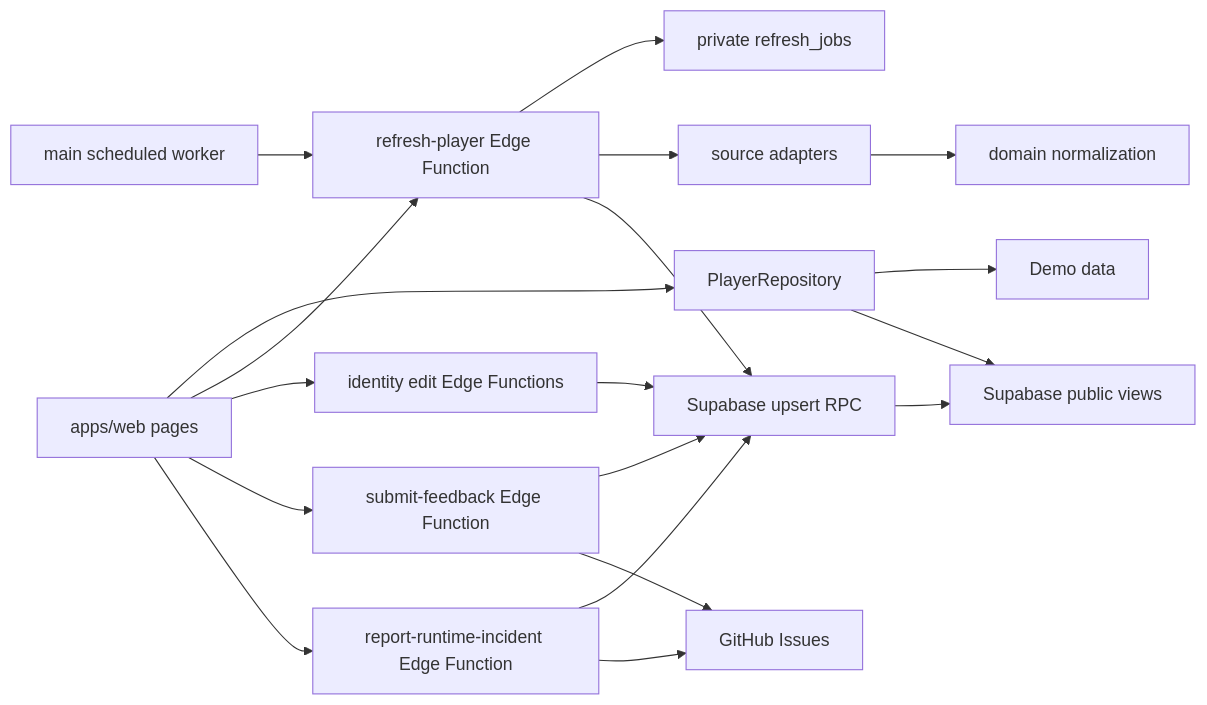
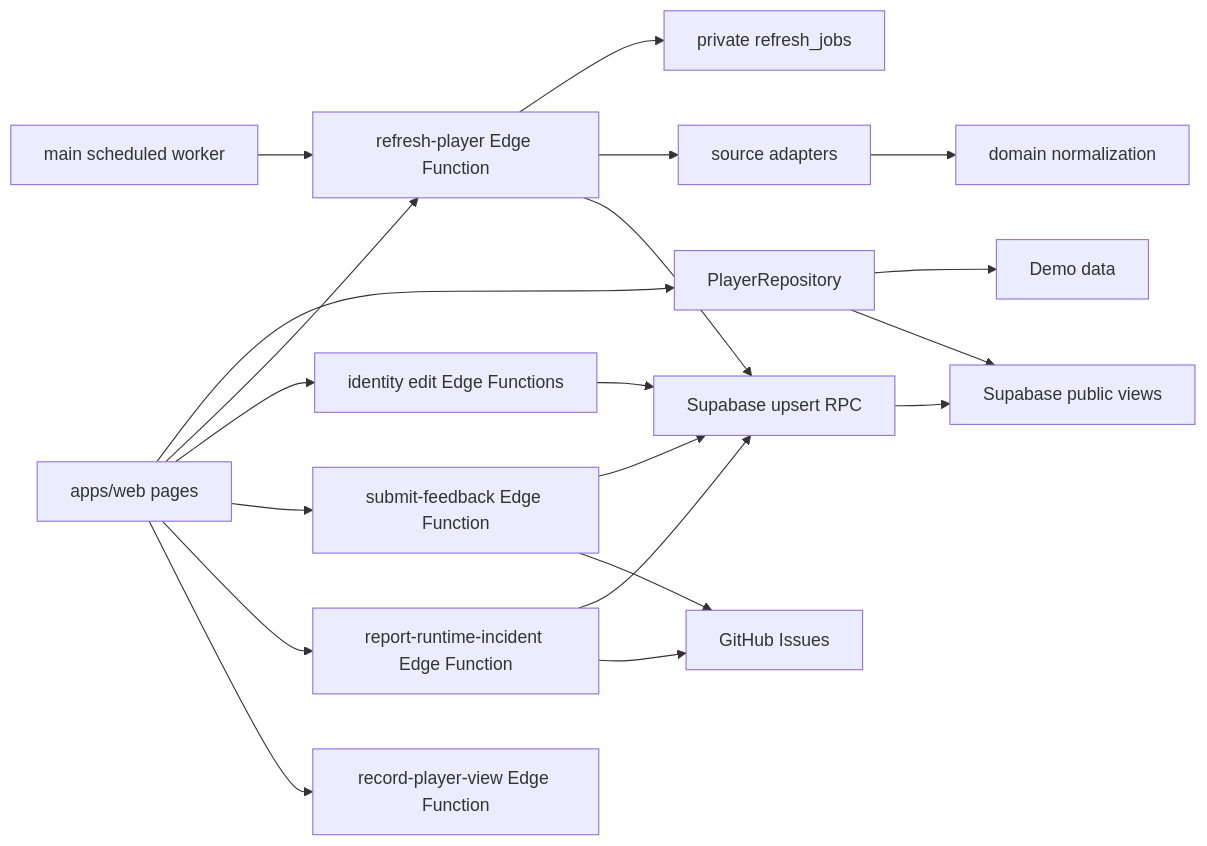
One commit to iamdenny/pingpong-busu changed the diagram in docs/codemap.md. Above: the diagram before and after it, drawn with Mermaid. The commit also changed other lines of this file and 30 other files, not shown here.

````diff
--- a/docs/codemap.md
+++ b/docs/codemap.md
@@ -5,21 +5,22 @@
 ```mermaid
 flowchart LR
   UI["apps/web pages"] --> REPO["PlayerRepository"]
   REPO --> DEMO["Demo data"]
   REPO --> PUBLIC["Supabase public views"]
   UI --> EDGE["refresh-player Edge Function"]
   EDGE --> QUEUE["private refresh_jobs"]
   SCHEDULE["main scheduled worker"] --> EDGE
   UI --> IDENTITY["identity edit Edge Functions"]
   UI --> FEEDBACK["submit-feedback Edge Function"]
   UI --> INCIDENT["report-runtime-incident Edge Function"]
+  UI --> VIEWS["record-player-view Edge Function"]
   EDGE --> ADAPTERS["source adapters"]
   ADAPTERS --> DOMAIN["domain normalization"]
   EDGE --> RPC["Supabase upsert RPC"]
   RPC --> PUBLIC
   IDENTITY --> RPC
   FEEDBACK --> RPC
   FEEDBACK --> GITHUB["GitHub Issues"]
   INCIDENT --> RPC
   INCIDENT --> GITHUB
 ```
````
